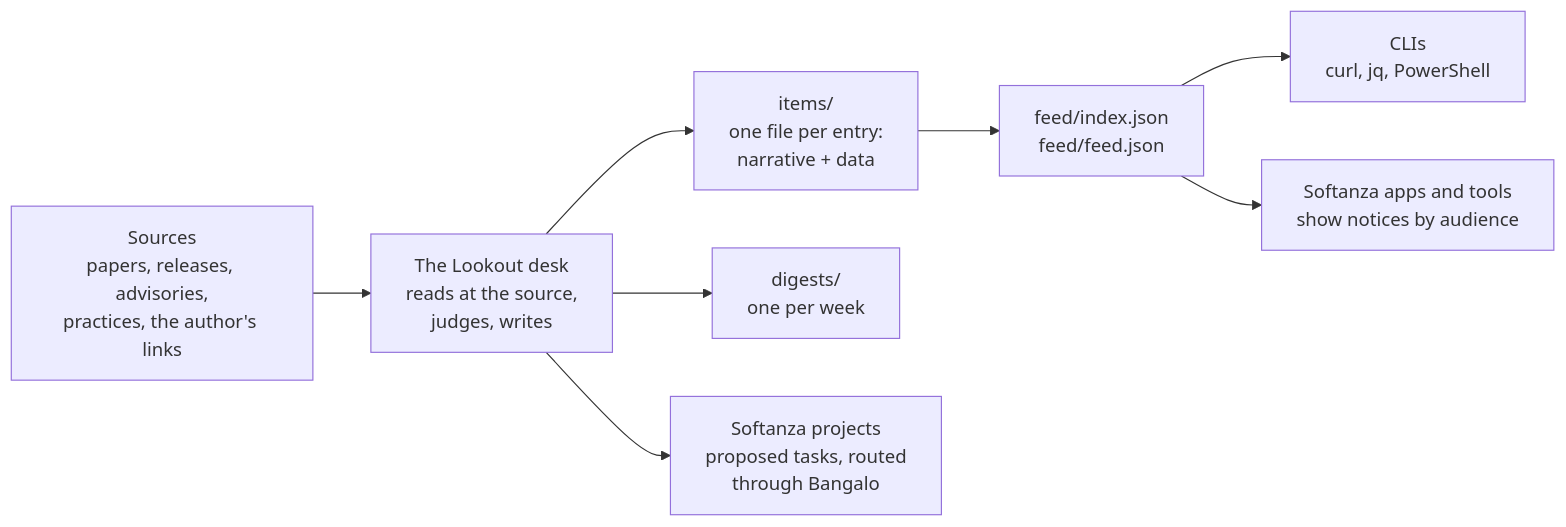
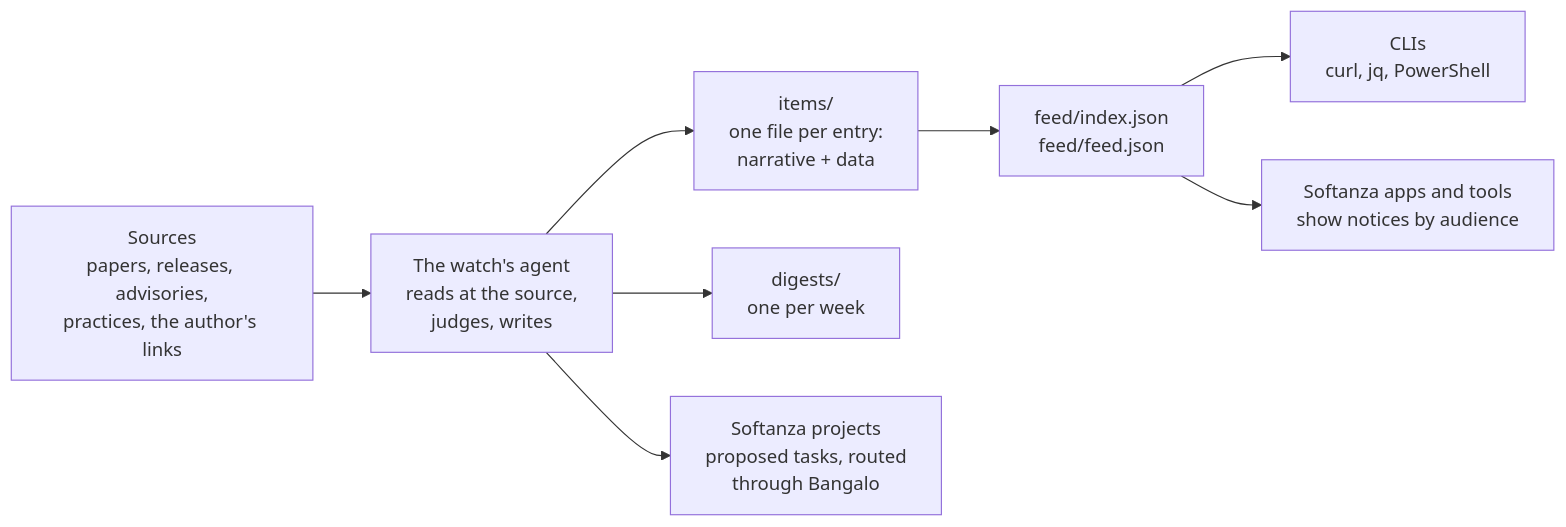
The diagram in README.md (mayouni/stzradar), drawn with Mermaid before and after one commit. The commit also changed other lines of this file, not shown here.

Commit message:
README: opens on Softanza Radar and its link; Lookout named as the open tool behind it, part of the Softanza Agentic Harness; agents read it (llms.txt, MCP); 'For your project'; Aïcha

````diff
--- a/README.md
+++ b/README.md
@@ -37,10 +41,10 @@
 ```mermaid
 flowchart LR
-  S["Sources<br/>papers, releases, advisories,<br/>practices, the author's links"] --> D["The Lookout desk<br/>reads at the source,<br/>judges, writes"]
+  S["Sources<br/>papers, releases, advisories,<br/>practices, the author's links"] --> D["The watch's agent<br/>reads at the source,<br/>judges, writes"]
   D --> I["items/<br/>one file per entry:<br/>narrative + data"]
   D --> W["digests/<br/>one per week"]
   I --> F["feed/index.json<br/>feed/feed.json"]
   F --> C["CLIs<br/>curl, jq, PowerShell"]
   F --> A["Softanza apps and tools<br/>show notices by audience"]
   D --> R["Softanza projects<br/>proposed tasks, routed<br/>through Bangalo"]
 ```
````
